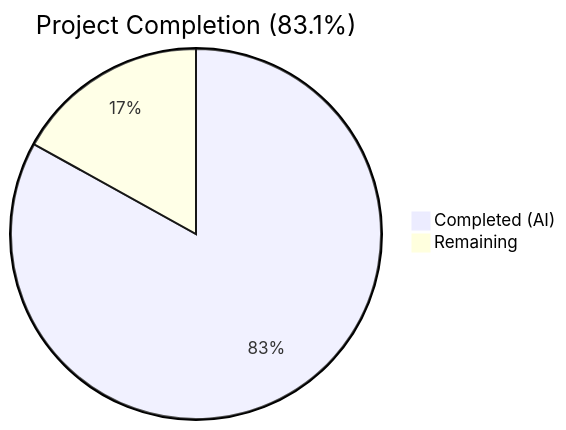
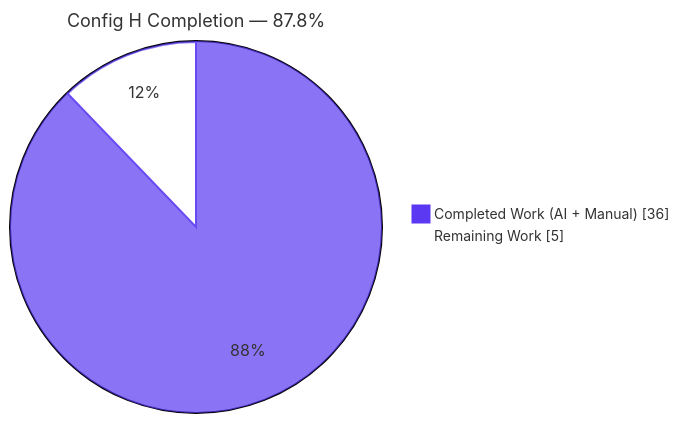
Before and after one commit to Blitzy-Sandbox/blitzy-RudderStack: the first of 3 diagrams in blitzy/documentation/Project Guide.md, drawn with Mermaid. The commit also changed other lines of this file, not shown here.

Commit message:
Adding Blitzy Project Guide: Project Status and Human Tasks Remaining

````diff
--- a/blitzy/documentation/Project Guide.md
+++ b/blitzy/documentation/Project Guide.md
@@ -13,5 +9,6 @@
 ```mermaid
-pie title Project Completion (83.1%)
-    "Completed (AI)" : 402
-    "Remaining" : 82
+%%{init: {'theme':'base','themeVariables':{'pie1':'#5B39F3','pie2':'#FFFFFF','pieStrokeColor':'#5B39F3','pieOuterStrokeWidth':'2px','pieTitleTextSize':'18px','pieSectionTextSize':'16px','pieLegendTextSize':'14px'}}}%%
+pie showData title Config H Completion — 87.8%
+    "Completed Work (AI + Manual)" : 36
+    "Remaining Work" : 5
 ```
````
